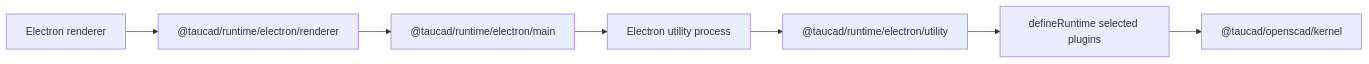
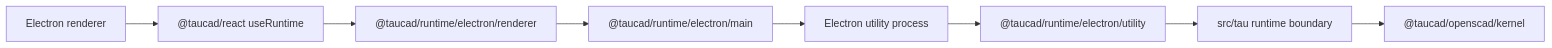
Before and after one commit to taucad/tau: the diagram in examples/electron/README.md, drawn with Mermaid. The commit also changed other lines of this file and 56 other files, not shown here.

````diff
--- a/examples/electron/README.md
+++ b/examples/electron/README.md
@@ -16,9 +15,10 @@
 ```mermaid
 flowchart LR
-  Renderer["Electron renderer"] --> Transport["@taucad/runtime/electron/renderer"]
+  Renderer["Electron renderer"] --> Hook["@taucad/react useRuntime"]
+  Hook --> Transport["@taucad/runtime/electron/renderer"]
   Transport --> Main["@taucad/runtime/electron/main"]
   Main --> Utility["Electron utility process"]
   Utility --> Host["@taucad/runtime/electron/utility"]
-  Host --> Runtime["defineRuntime selected plugins"]
+  Host --> Runtime["src/tau runtime boundary"]
   Runtime --> Kernel["@taucad/openscad/kernel"]
 ```
````
